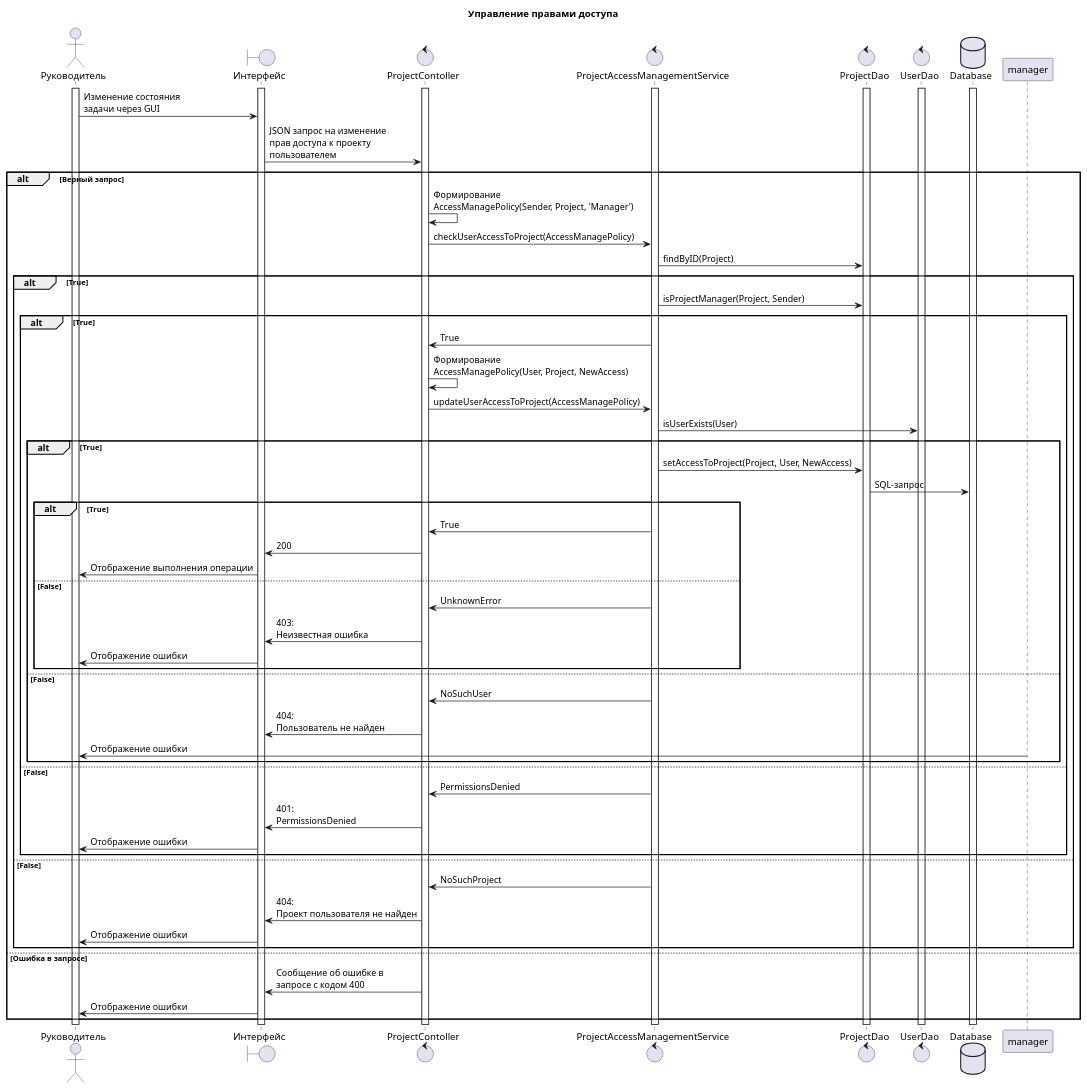
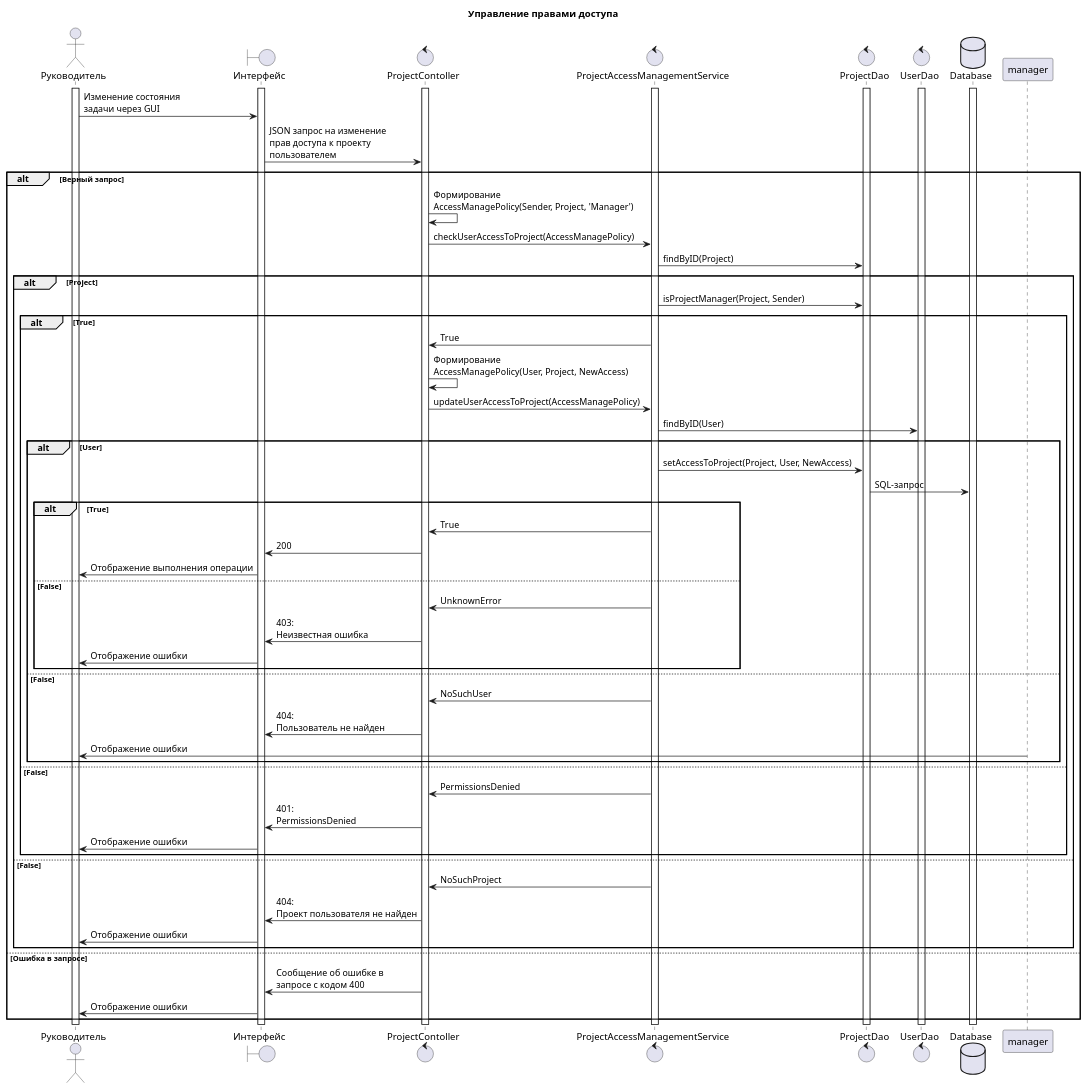
Before and after one commit to penamarth/bsbo-02-21_team_var7_erp: the diagram in UML diagrams/Sequence diagrams/manage-access-rights.wsd, drawn with PlantUML.

Commit message:
Modified sequence diagram: Morgachyow

```diff
--- a/UML diagrams/Sequence diagrams/manage-access-rights.wsd
+++ b/UML diagrams/Sequence diagrams/manage-access-rights.wsd
@@ -1,69 +1,69 @@
 @startuml sequence
 title Управление правами доступа
 
 actor Руководитель as user
 boundary "Интерфейс" as site
 control ProjectContoller as pcont
 control ProjectAccessManagementService as amserv
 control ProjectDao as pdao 
 control UserDao as udao
 database Database as db
 
 activate user
 activate site
 activate db
 activate pcont
 activate amserv
 activate pdao
 activate udao
 
 user -> site : Изменение состояния\nзадачи через GUI
 site -> pcont : JSON запрос на изменение\nправ доступа к проекту\nпользователем
 
 alt Верный запрос
     pcont -> pcont : Формирование\nAccessManagePolicy(Sender, Project, 'Manager')
     pcont -> amserv : checkUserAccessToProject(AccessManagePolicy)
     amserv -> pdao : findByID(Project)
-    alt True
+    alt Project
         amserv -> pdao : isProjectManager(Project, Sender)
         alt True
             pcont <- amserv : True
             pcont -> pcont : Формирование\nAccessManagePolicy(User, Project, NewAccess)
             pcont -> amserv: updateUserAccessToProject(AccessManagePolicy)
-            amserv -> udao : isUserExists(User)
-            alt True
+            amserv -> udao : findByID(User)
+            alt User
                 amserv -> pdao : setAccessToProject(Project, User, NewAccess)
                 pdao -> db : SQL-запрос
                 alt True
                     pcont <- amserv : True
                     site <- pcont : 200
                     user <- site : Отображение выполнения операции
                 else False
                     pcont <- amserv : UnknownError 
                     site <- pcont : 403:\nНеизвестная ошибка
                     user <- site : Отображение ошибки
                 end
             else False
                 pcont <- amserv : NoSuchUser
                 site <- pcont : 404:\nПользователь не найден
                 user <- manager : Отображение ошибки
             end
         
         else False
             pcont <- amserv : PermissionsDenied
             site <- pcont : 401:\nPermissionsDenied
             user <- site : Отображение ошибки
         end
     else False
         pcont <- amserv : NoSuchProject
         site <- pcont : 404:\nПроект пользователя не найден
         user <- site : Отображение ошибки
     end
     
 else Ошибка в запросе
     pcont -> site : Сообщение об ошибке в\nзапросе с кодом 400
     user <- site : Отображение ошибки
 end
 
 
 @enduml
```
